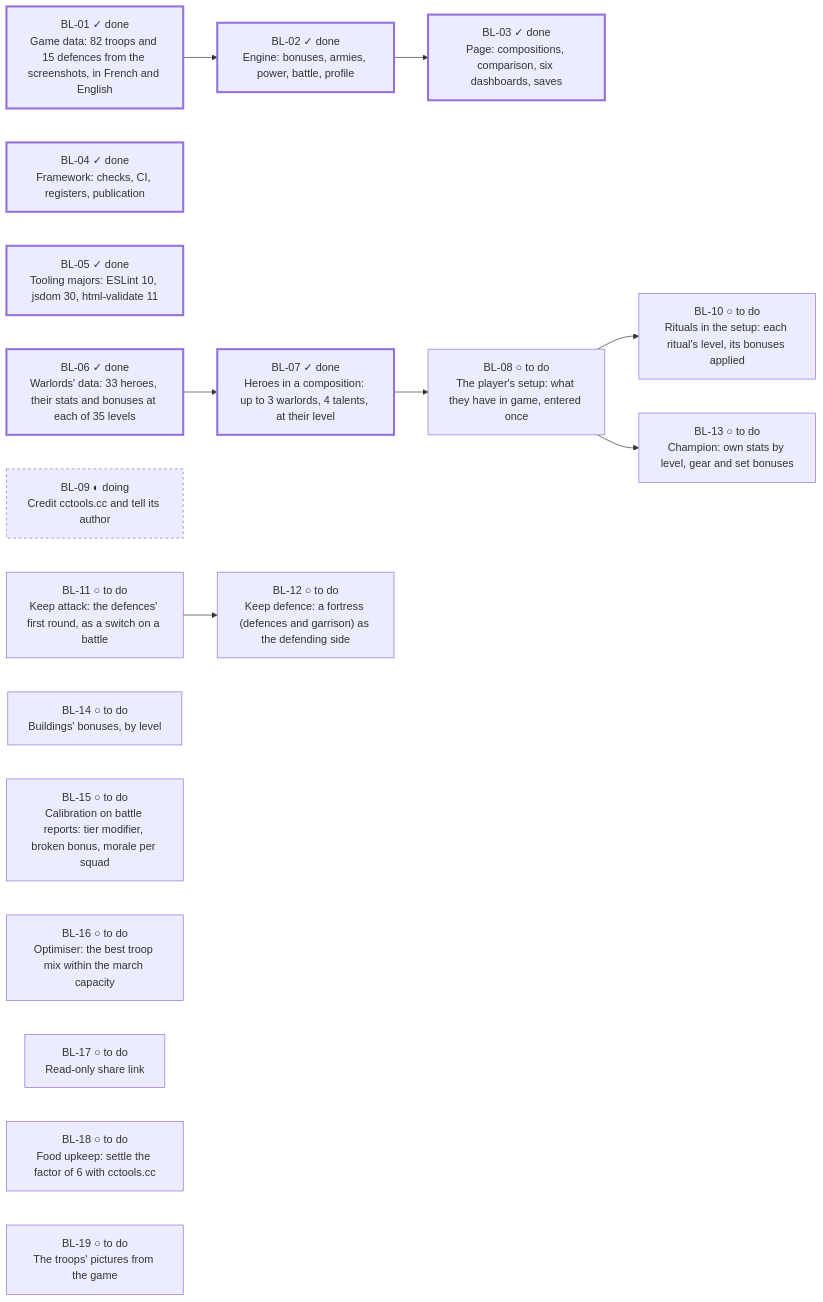
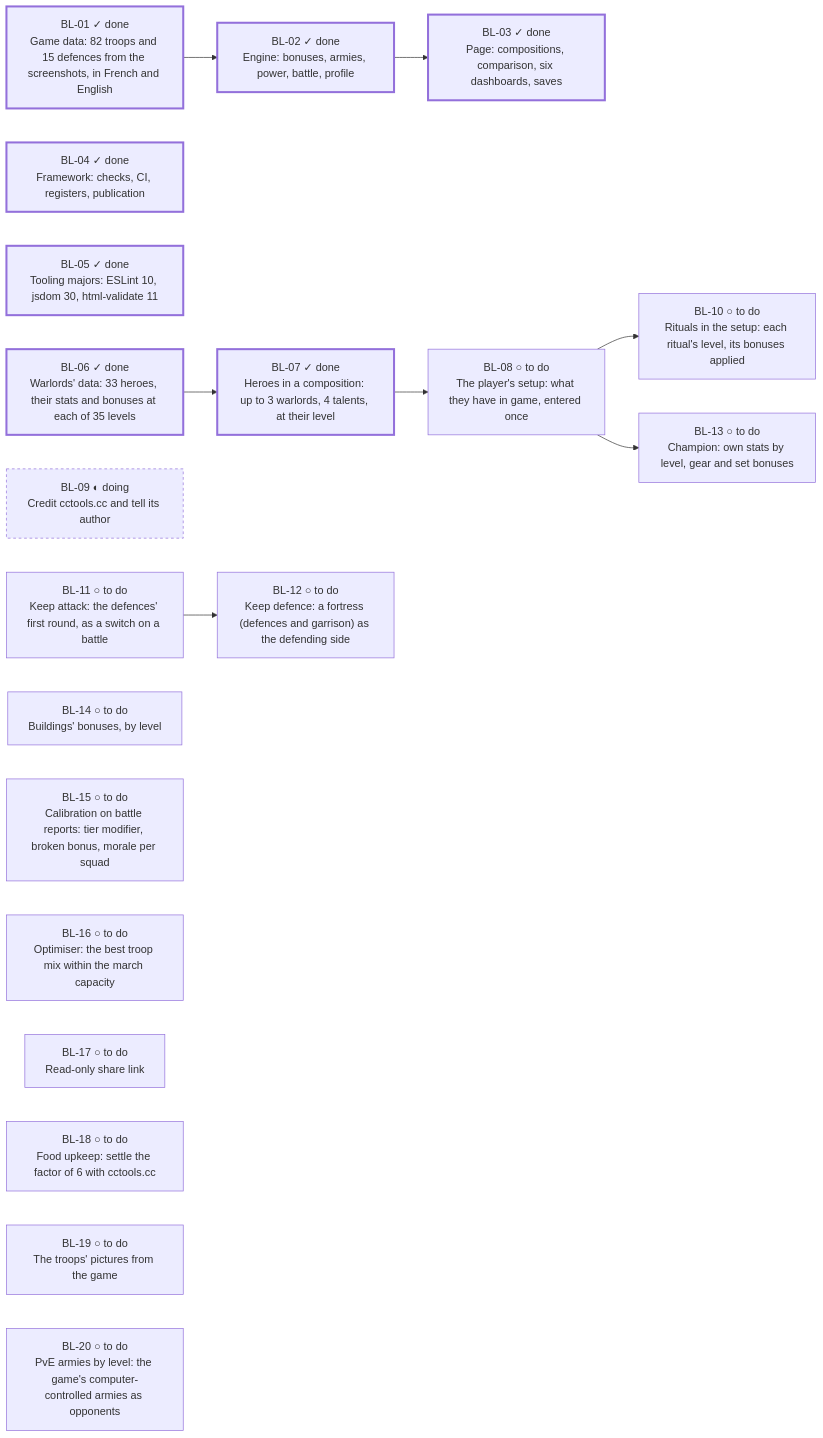
The diagram in docs/backlog.md (FrtZi/army-simulator), drawn with Mermaid before and after one commit. The commit also changed other lines of this file and 1 other file, not shown here.

First line of the commit message:
Backlog: BL-09 a nice-to-have; PvE armies by level as BL-20

````diff
--- a/docs/backlog.md
+++ b/docs/backlog.md
@@ -39,32 +40,33 @@
 ```mermaid
 flowchart LR
   BL01["BL-01 ✓ done<br/>Game data: 82 troops and 15 defences from the screenshots, in French and English"]:::done
   BL02["BL-02 ✓ done<br/>Engine: bonuses, armies, power, battle, profile"]:::done
   BL01 --> BL02
   BL03["BL-03 ✓ done<br/>Page: compositions, comparison, six dashboards, saves"]:::done
   BL02 --> BL03
   BL04["BL-04 ✓ done<br/>Framework: checks, CI, registers, publication"]:::done
   BL05["BL-05 ✓ done<br/>Tooling majors: ESLint 10, jsdom 30, html-validate 11"]:::done
   BL06["BL-06 ✓ done<br/>Warlords' data: 33 heroes, their stats and bonuses at each of 35 levels"]:::done
   BL07["BL-07 ✓ done<br/>Heroes in a composition: up to 3 warlords, 4 talents, at their level"]:::done
   BL06 --> BL07
   BL08["BL-08 ○ to do<br/>The player's setup: what they have in game, entered once"]:::todo
   BL07 --> BL08
   BL09["BL-09 ◐ doing<br/>Credit cctools.cc and tell its author"]:::doing
   BL10["BL-10 ○ to do<br/>Rituals in the setup: each ritual's level, its bonuses applied"]:::todo
   BL08 --> BL10
   BL11["BL-11 ○ to do<br/>Keep attack: the defences' first round, as a switch on a battle"]:::todo
   BL12["BL-12 ○ to do<br/>Keep defence: a fortress (defences and garrison) as the defending side"]:::todo
   BL11 --> BL12
   BL13["BL-13 ○ to do<br/>Champion: own stats by level, gear and set bonuses"]:::todo
   BL08 --> BL13
   BL14["BL-14 ○ to do<br/>Buildings' bonuses, by level"]:::todo
   BL15["BL-15 ○ to do<br/>Calibration on battle reports: tier modifier, broken bonus, morale per squad"]:::todo
   BL16["BL-16 ○ to do<br/>Optimiser: the best troop mix within the march capacity"]:::todo
   BL17["BL-17 ○ to do<br/>Read-only share link"]:::todo
   BL18["BL-18 ○ to do<br/>Food upkeep: settle the factor of 6 with cctools.cc"]:::todo
   BL19["BL-19 ○ to do<br/>The troops' pictures from the game"]:::todo
+  BL20["BL-20 ○ to do<br/>PvE armies by level: the game's computer-controlled armies as opponents"]:::todo
   classDef done stroke-width:3px
   classDef doing stroke-dasharray:4
   classDef todo stroke-width:1px
 ```
````
